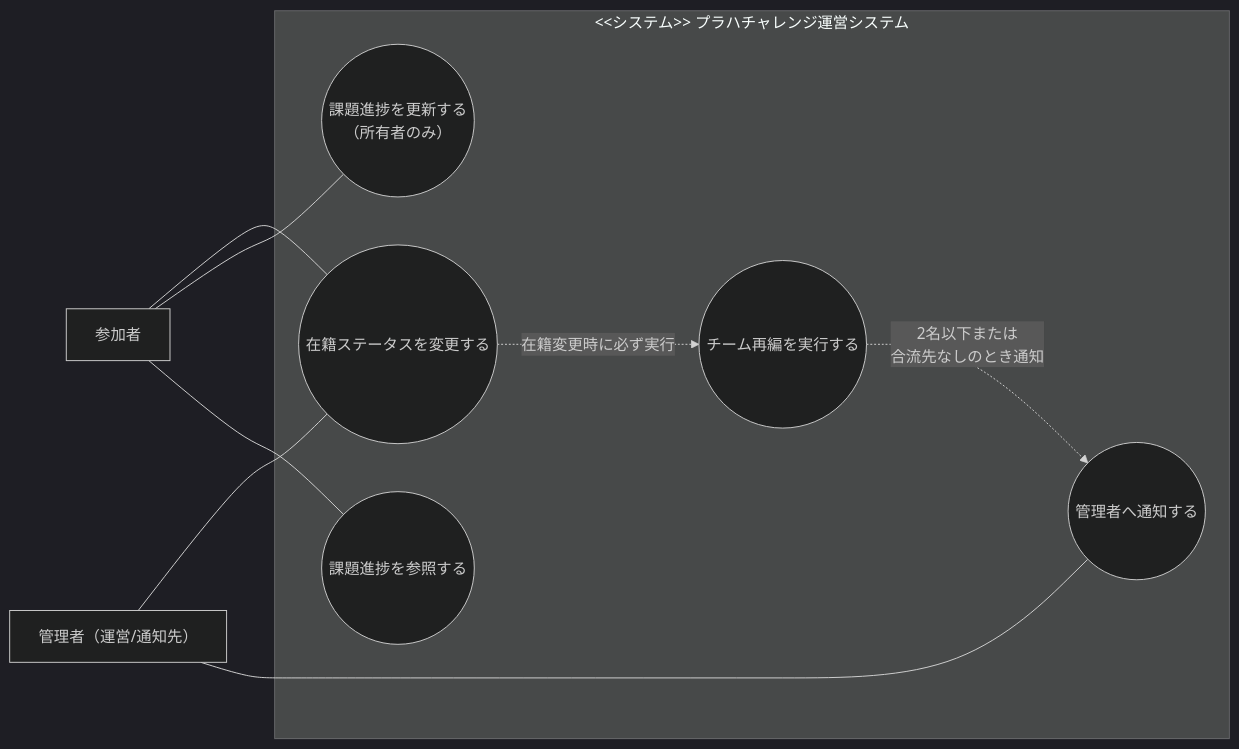
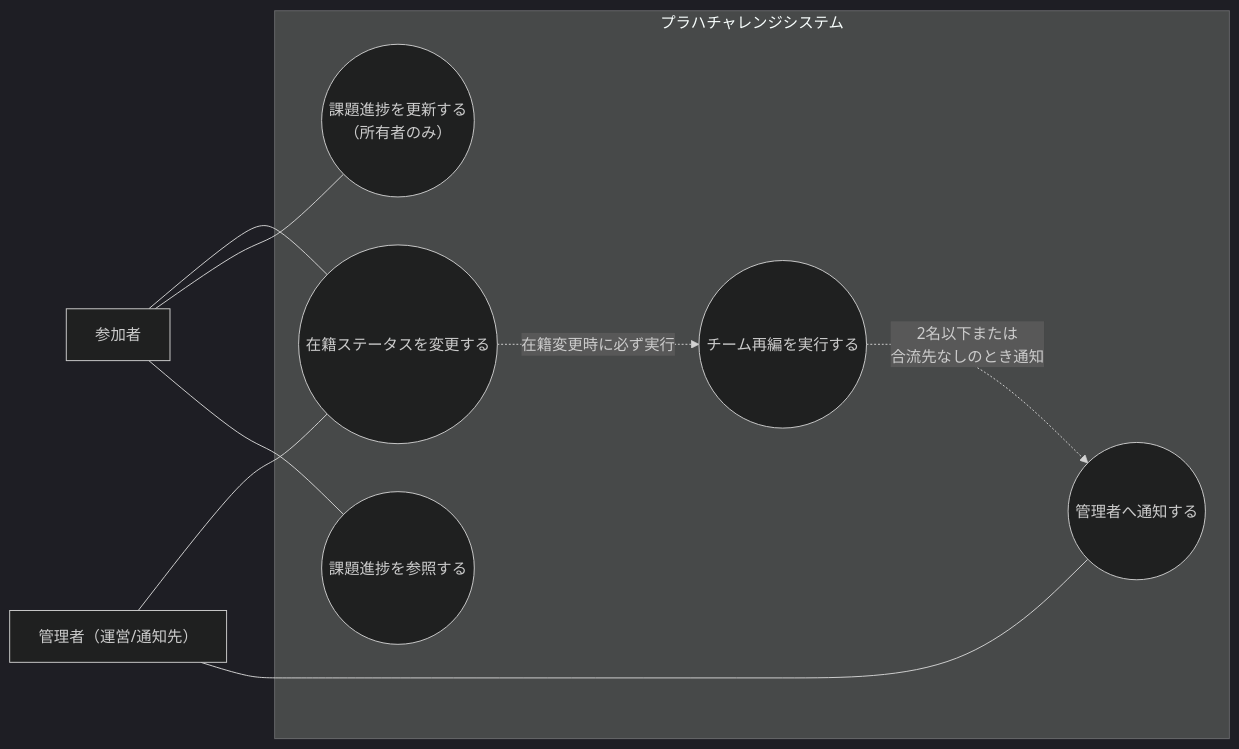
The first of 4 diagrams in ddd_extra/issue1.md (speeed131/p_issues), drawn with Mermaid (dark theme) before and after one commit.

Commit message:
:sparkles: Fix: 微修正

````diff
--- a/ddd_extra/issue1.md
+++ b/ddd_extra/issue1.md
@@ -5,23 +5,23 @@
 ```mermaid
 flowchart LR
     Participant[参加者]
     Admin[管理者（運営/通知先）]
 
-    subgraph System["<<システム>> プラハチャレンジ運営システム"]
+    subgraph System["プラハチャレンジシステム"]
         UC_ChangeStatus(("在籍ステータスを変更する"))
         UC_UpdateProgress(("課題進捗を更新する <br/>（所有者のみ）"))
         UC_ViewProgress(("課題進捗を参照する"))
         UC_Rebalance(("チーム再編を実行する"))
         UC_Notify(("管理者へ通知する"))
     end
 
     Participant --- UC_ChangeStatus
     Admin --- UC_ChangeStatus
     Participant --- UC_UpdateProgress
     Participant --- UC_ViewProgress
 
     Admin --- UC_Notify
 
     UC_ChangeStatus -. "在籍変更時に必ず実行" .-> UC_Rebalance
     UC_Rebalance -. "2名以下または<br/>合流先なしのとき通知" .-> UC_Notify
 ```
````
